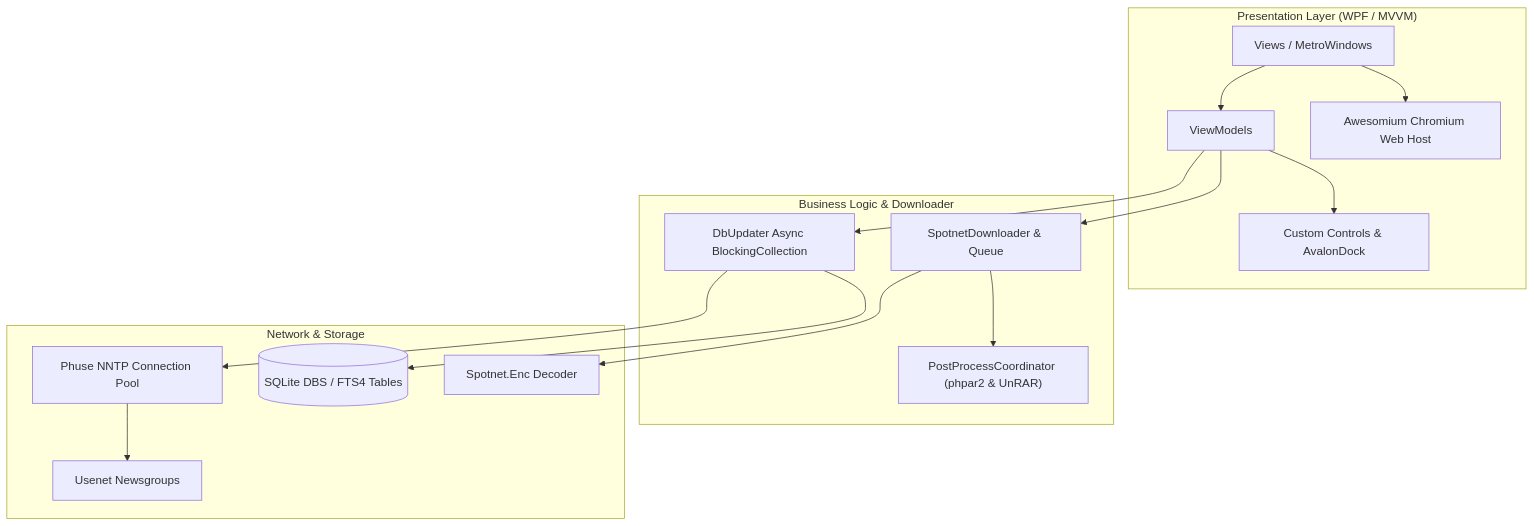
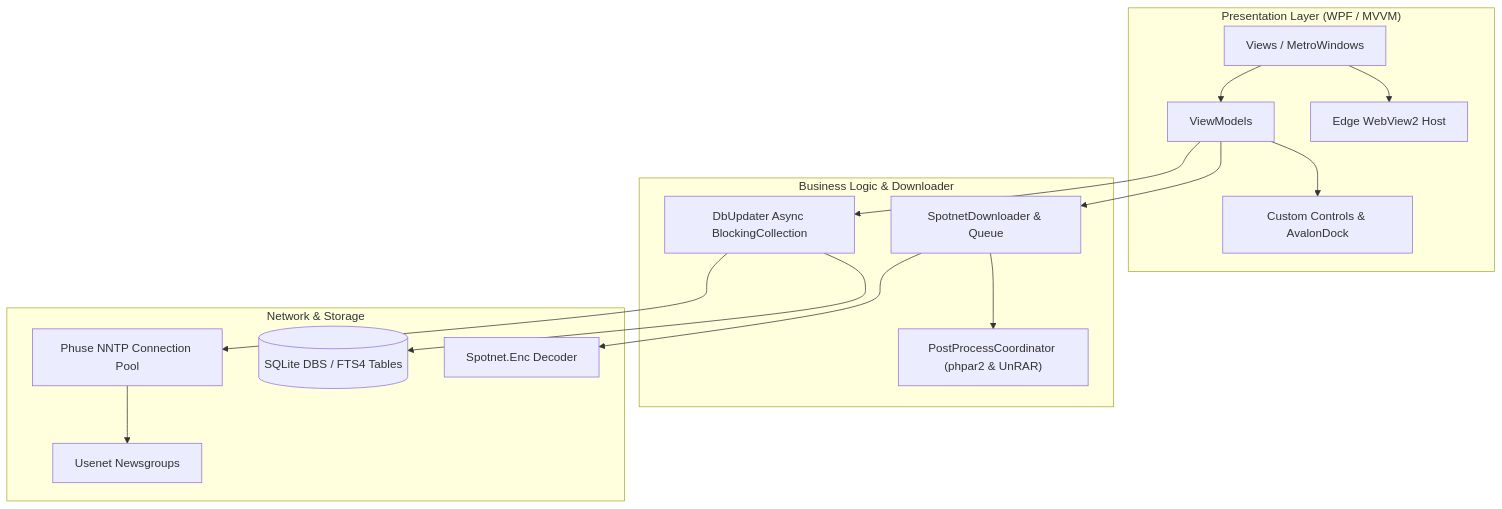
The diagram in README.md (Cyclone47/spotnet-2.0), drawn with Mermaid before and after one commit. The commit also changed other lines of this file and 141 other files, not shown here.

````diff
--- a/README.md
+++ b/README.md
@@ -28,21 +29,21 @@
 ```mermaid
 graph TD
     subgraph UI_Layer ["Presentation Layer (WPF / MVVM)"]
         V["Views / MetroWindows"] --> VM["ViewModels"]
         VM --> Controls["Custom Controls & AvalonDock"]
-        V --> Awesomium["Awesomium Chromium Web Host"]
+        V --> WebView2["Edge WebView2 Host"]
     end
 
     subgraph Core_Engine ["Business Logic & Downloader"]
         VM --> Downloader["SpotnetDownloader & Queue"]
         Downloader --> PostProcess["PostProcessCoordinator (phpar2 & UnRAR)"]
         VM --> DbUpdater["DbUpdater Async BlockingCollection"]
     end
 
     subgraph Data_Protocol ["Network & Storage"]
         DbUpdater --> Phuse["Phuse NNTP Connection Pool"]
         Phuse --> Usenet["Usenet Newsgroups"]
         DbUpdater --> SQLite[("SQLite DBS / FTS4 Tables")]
         Downloader --> YEnc["Spotnet.Enc Decoder"]
     end
 ```
````
